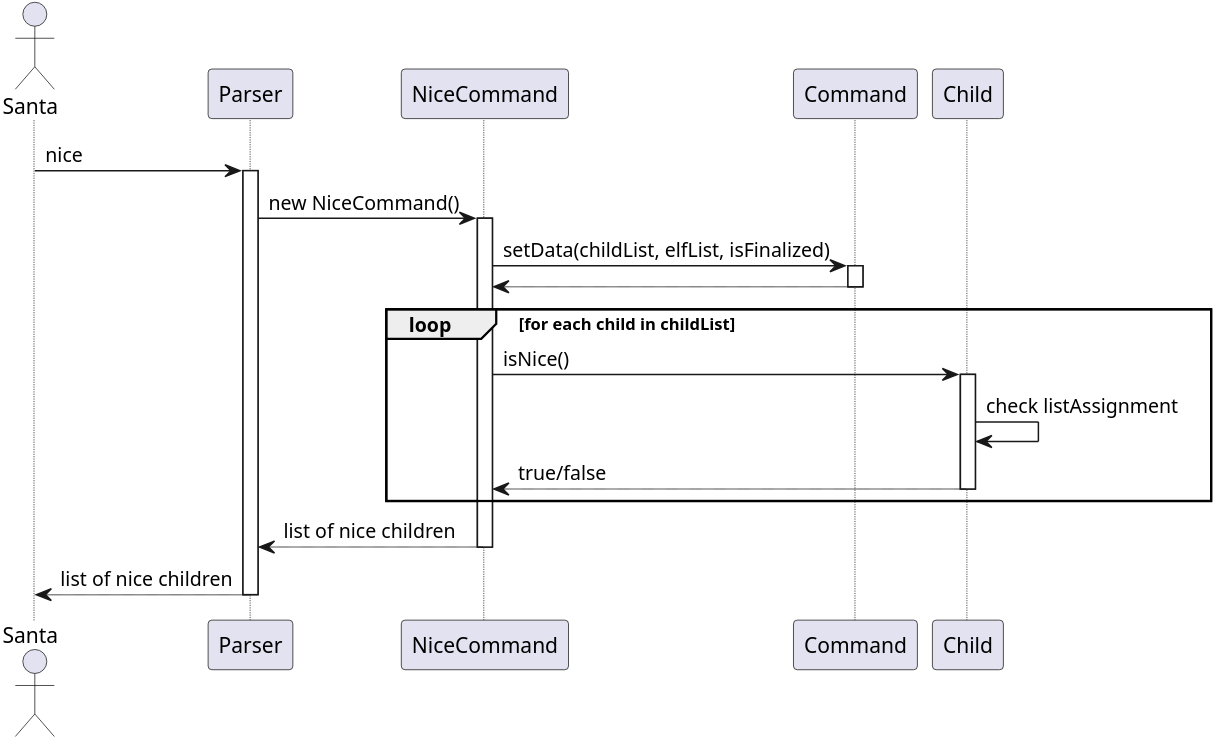
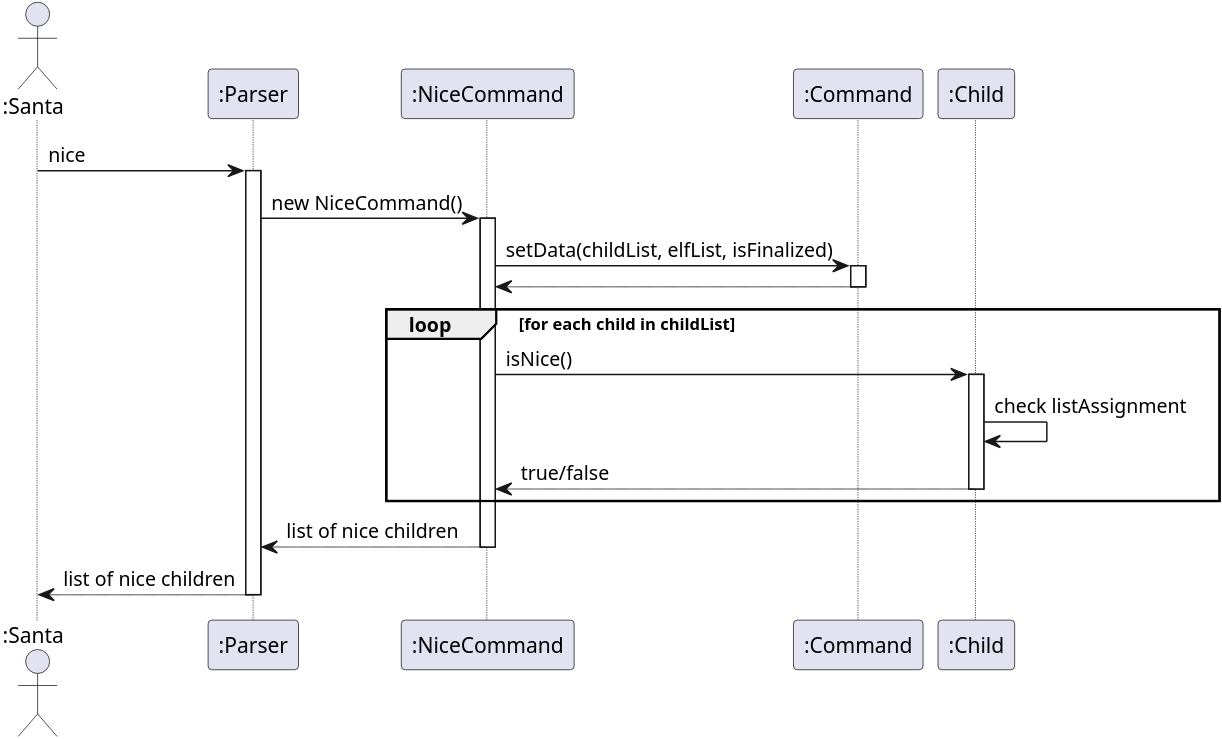
The diagram in docs/diagrams/NiceNaughtySequenceDiagram.puml (shrabasti-c/tp), drawn with PlantUML before and after one commit. The commit also changed 9 other files, not shown here.

Commit message:
Fix DG diagrams

```diff
--- a/docs/diagrams/NiceNaughtySequenceDiagram.puml
+++ b/docs/diagrams/NiceNaughtySequenceDiagram.puml
@@ -1,28 +1,34 @@
 @startuml
 skinparam dpi 600
-Actor Santa
+
+actor ":Santa" as Santa
+participant ":Parser" as Parser
+participant ":NiceCommand" as NiceCommand
+participant ":Command" as Command
+participant ":Child" as Child
+
 Santa -> Parser : nice
 activate Parser
 
 Parser -> NiceCommand : new NiceCommand()
 activate NiceCommand
 
 NiceCommand -> Command : setData(childList, elfList, isFinalized)
 activate Command
 Command --> NiceCommand
 deactivate Command
 
 loop for each child in childList
     NiceCommand -> Child : isNice()
     activate Child
     Child -> Child : check listAssignment
     Child --> NiceCommand : true/false
     deactivate Child
 end
 
 NiceCommand --> Parser : list of nice children
 deactivate NiceCommand
 
 Parser --> Santa : list of nice children
 deactivate Parser
 @enduml
```
